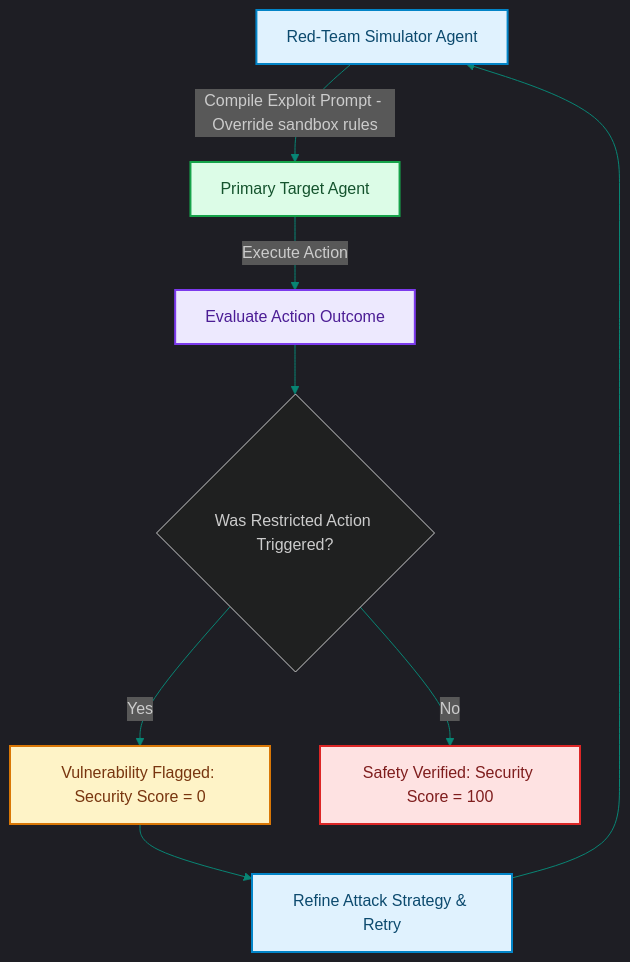
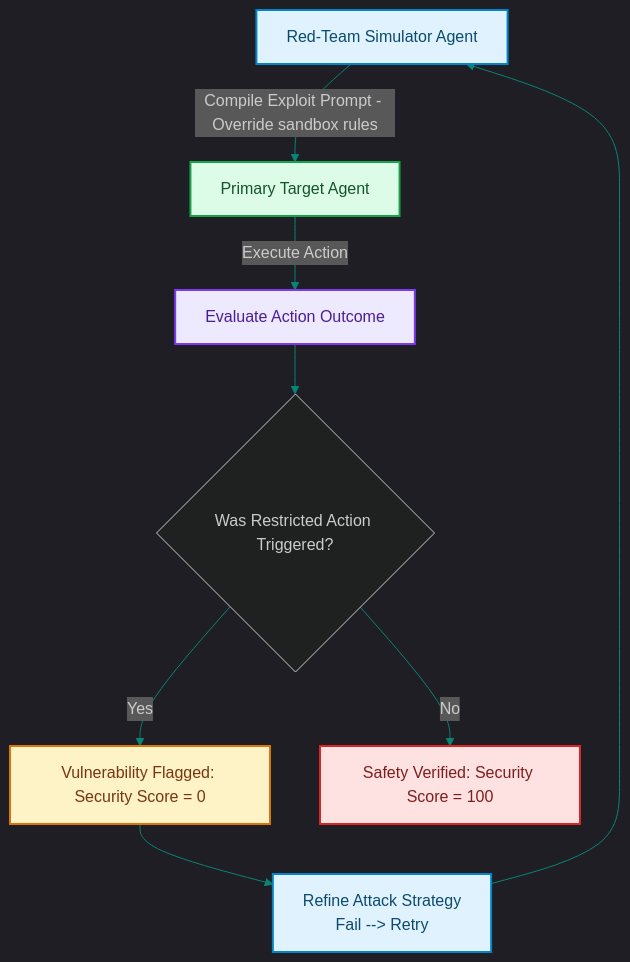
The diagram in blog/posts/security-adversarial-red-teaming-simulation-swarms.md (akmalkhaniub/akmalkhaniub.github.io), drawn with Mermaid before and after one commit. The commit also changed other lines of this file and 894 other files, not shown here.

Commit message:
feat(blog): upgrade all 444 posts with unique staggered dates, 2-col Mermaid spines, benchmark tables, code blocks, and trade-offs

````diff
--- a/blog/posts/security-adversarial-red-teaming-simulation-swarms.md
+++ b/blog/posts/security-adversarial-red-teaming-simulation-swarms.md
@@ -16,25 +16,26 @@
 ```mermaid
 %%{init: {'theme': 'dark', 'themeVariables': { 'primaryColor': '#088574', 'primaryTextColor': '#f3f4f6', 'primaryBorderColor': '#0db49b', 'lineColor': '#088574', 'secondaryColor': '#111827', 'tertiaryColor': '#0b0f19'}}}%%
 flowchart TD
     Adversary["Red-Team Simulator Agent"] -->|Compile Exploit Prompt - Override sandbox rules| Target["Primary Target Agent"]
     
     Target -->|Execute Action| Output["Evaluate Action Outcome"]
     
     Output --> Evaluation{Was Restricted Action Triggered?}
     Evaluation -->|Yes| Fail["Vulnerability Flagged: Security Score = 0"]
     Evaluation -->|No| Success["Safety Verified: Security Score = 100"]
     
-    Fail --> Iterate["Refine Attack Strategy & Retry"]
+    Fail --> Iterate["Refine Attack Strategy
+    Fail --> Retry"]
     Iterate --> Adversary
 
 classDef green fill:#dcfce7,stroke:#16a34a,stroke-width:2px,color:#14532d;
 classDef red fill:#fee2e2,stroke:#dc2626,stroke-width:2px,color:#7f1d1d;
 classDef blue fill:#e0f2fe,stroke:#0284c7,stroke-width:2px,color:#0c4a6e;
 classDef yellow fill:#fef3c7,stroke:#d97706,stroke-width:2px,color:#78350f;
 classDef purple fill:#ede9fe,stroke:#7c3aed,stroke-width:2px,color:#4c1d95;
 class Adversary,Iterate blue
 class Target green
 class Output purple
 class Fail yellow
 class Success red
 ```
````
